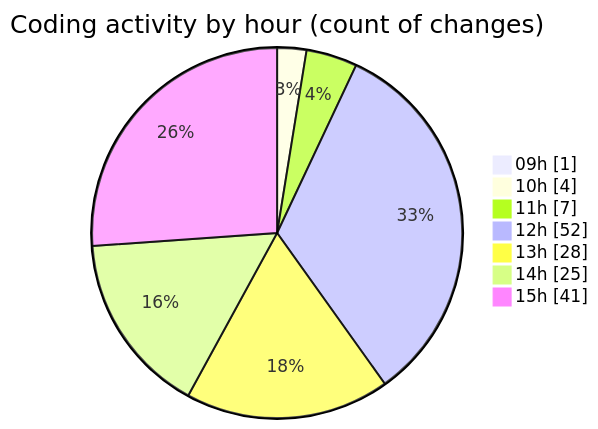
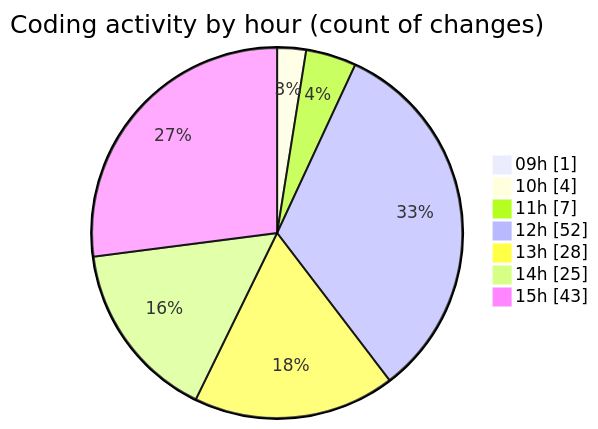
The second of 2 diagrams in 2025-04-07/cda/README.md (momahboobian/code-tracking), drawn with Mermaid before and after one commit. The commit also changed other lines of this file and 1 other file, not shown here.

````diff
--- a/2025-04-07/cda/README.md
+++ b/2025-04-07/cda/README.md
@@ -36,11 +36,11 @@
 ```mermaid
 pie showData
 title Coding activity by hour (count of changes)
 "09h" : 1
 "10h" : 4
 "11h" : 7
 "12h" : 52
 "13h" : 28
 "14h" : 25
-"15h" : 41
+"15h" : 43
 ```
````
